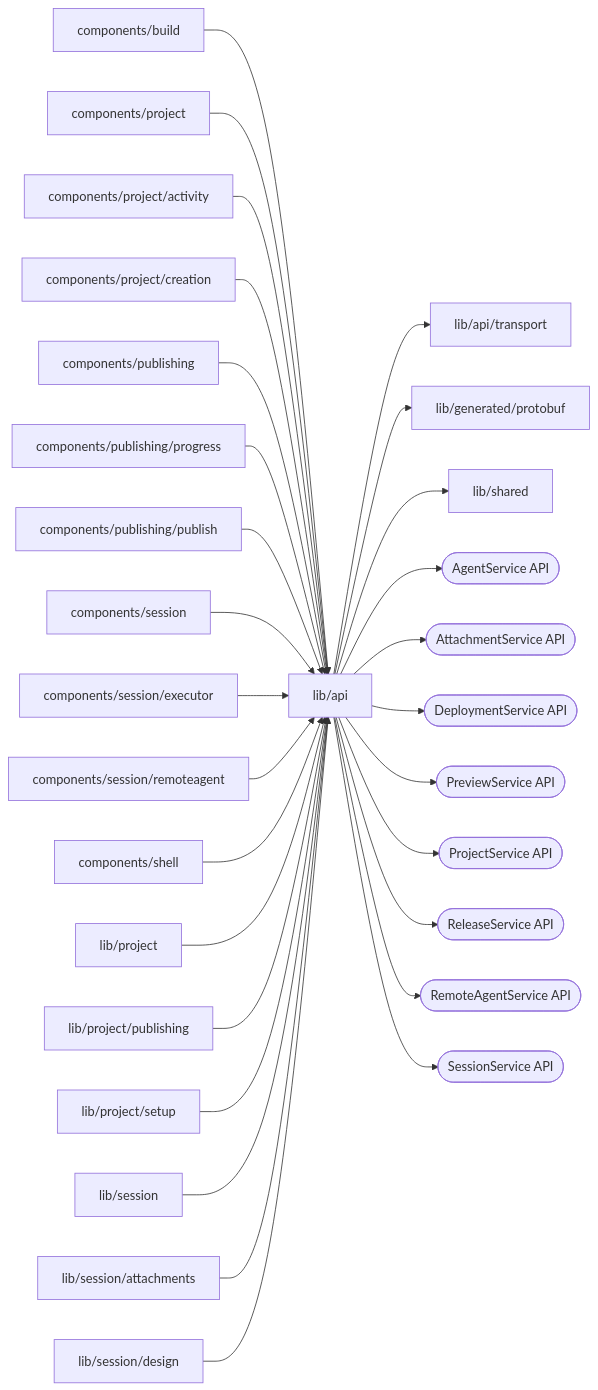
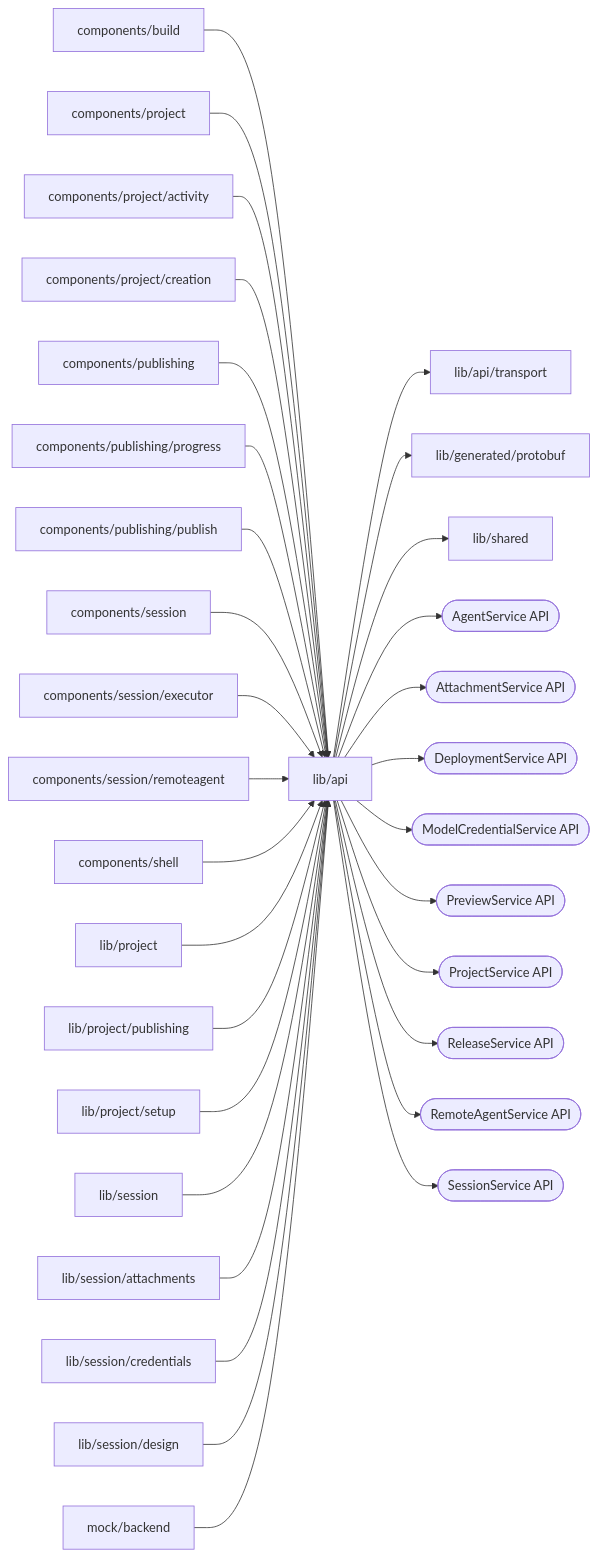
The diagram in web/studio/lib/api/README.md (superdurable/superverse), drawn with Mermaid before and after one commit. The commit also changed other lines of this file and 112 other files, not shown here.

First line of the commit message:
BYOKANT: Let a Project use its own Anthropic API key

````diff
--- a/web/studio/lib/api/README.md
+++ b/web/studio/lib/api/README.md
@@ -10,32 +10,35 @@
 ```mermaid
 flowchart LR
   self["lib/api"]
   c0["components/build"] --> self
   c1["components/project"] --> self
   c2["components/project/activity"] --> self
   c3["components/project/creation"] --> self
   c4["components/publishing"] --> self
   c5["components/publishing/progress"] --> self
   c6["components/publishing/publish"] --> self
   c7["components/session"] --> self
   c8["components/session/executor"] --> self
   c9["components/session/remoteagent"] --> self
   c10["components/shell"] --> self
   c11["lib/project"] --> self
   c12["lib/project/publishing"] --> self
   c13["lib/project/setup"] --> self
   c14["lib/session"] --> self
   c15["lib/session/attachments"] --> self
-  c16["lib/session/design"] --> self
+  c16["lib/session/credentials"] --> self
+  c17["lib/session/design"] --> self
+  c18["mock/backend"] --> self
   self --> d0["lib/api/transport"]
   self --> d1["lib/generated/protobuf"]
   self --> d2["lib/shared"]
   self --> e0(["AgentService API"])
   self --> e1(["AttachmentService API"])
   self --> e2(["DeploymentService API"])
-  self --> e3(["PreviewService API"])
-  self --> e4(["ProjectService API"])
-  self --> e5(["ReleaseService API"])
-  self --> e6(["RemoteAgentService API"])
-  self --> e7(["SessionService API"])
+  self --> e3(["ModelCredentialService API"])
+  self --> e4(["PreviewService API"])
+  self --> e5(["ProjectService API"])
+  self --> e6(["ReleaseService API"])
+  self --> e7(["RemoteAgentService API"])
+  self --> e8(["SessionService API"])
 ```
````
